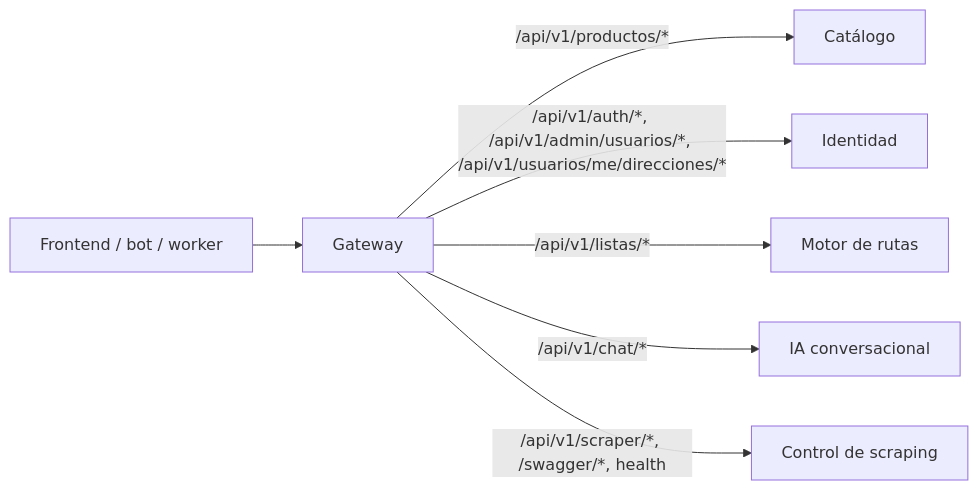
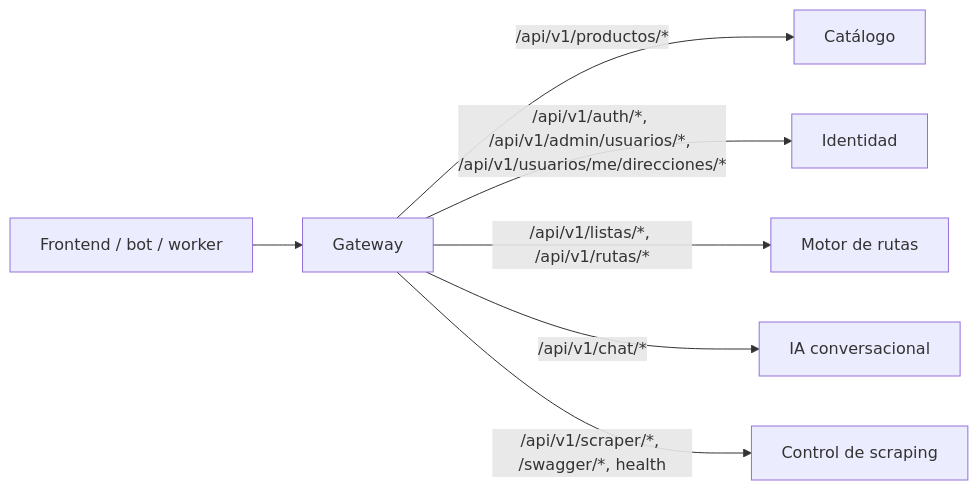
The diagram in backend/gateway/README.md (RutaAhorro/Taller_integracion_III), drawn with Mermaid before and after one commit. The commit also changed other lines of this file and 5 other files, not shown here.

Commit message:
feat(gateway): enrutar /api/v1/rutas hacia motor_rutas por defecto

````diff
--- a/backend/gateway/README.md
+++ b/backend/gateway/README.md
@@ -9,9 +9,9 @@
 ```mermaid
 flowchart LR
     Clientes[Frontend / bot / worker] --> Gateway
     Gateway -->|/api/v1/productos/*| Catalogo[Catálogo]
     Gateway -->|/api/v1/auth/*, /api/v1/admin/usuarios/*, /api/v1/usuarios/me/direcciones/*| Identidad[Identidad]
-    Gateway -->|/api/v1/listas/*| Rutas[Motor de rutas]
+    Gateway -->|/api/v1/listas/*, /api/v1/rutas/*| Rutas[Motor de rutas]
     Gateway -->|/api/v1/chat/*| IA[IA conversacional]
     Gateway -->|/api/v1/scraper/*, /swagger/*, health| Control[Control de scraping]
 ```
````
